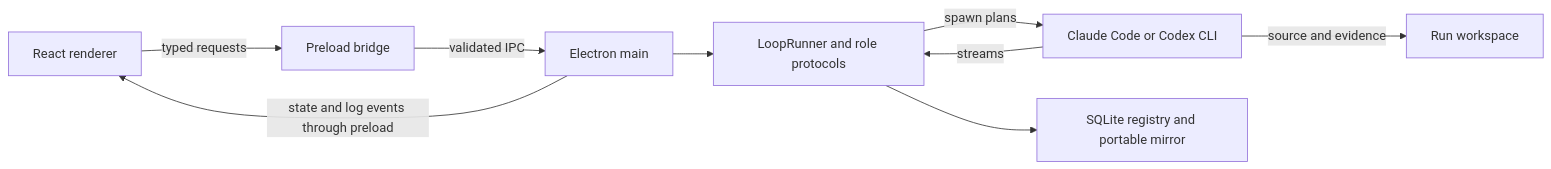
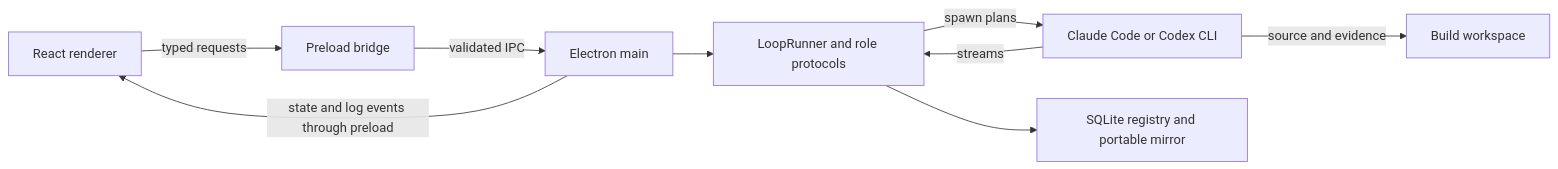
Before and after one commit to GlassBox-AI-Labs/gauntlet-gamesmith: the diagram in docs/ARCHITECTURE.md, drawn with Mermaid. The commit also changed other lines of this file and 193 other files, not shown here.

````diff
--- a/docs/ARCHITECTURE.md
+++ b/docs/ARCHITECTURE.md
@@ -25,11 +25,11 @@
 ```mermaid
 flowchart LR
   UI[React renderer] -->|typed requests| Bridge[Preload bridge]
   Bridge -->|validated IPC| Main[Electron main]
   Main --> Runner[LoopRunner and role protocols]
   Runner -->|spawn plans| CLI[Claude Code or Codex CLI]
-  CLI -->|source and evidence| Workspace[Run workspace]
+  CLI -->|source and evidence| Workspace[Build workspace]
   CLI -->|streams| Runner
   Runner --> Ledger[SQLite registry and portable mirror]
   Main -->|state and log events through preload| UI
 ```
````
